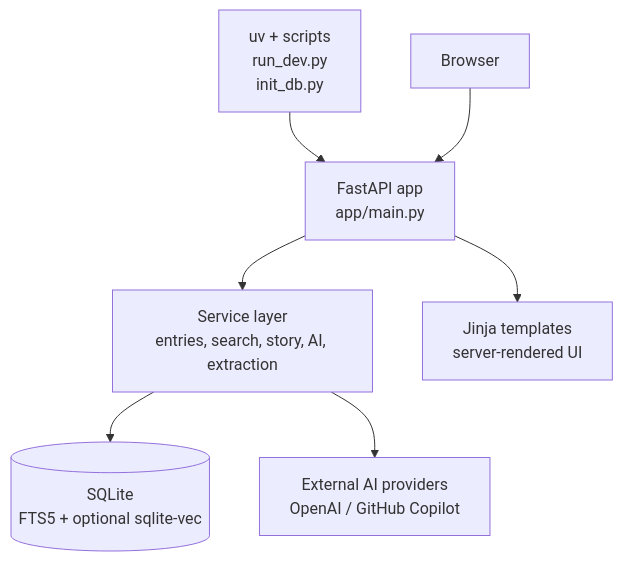
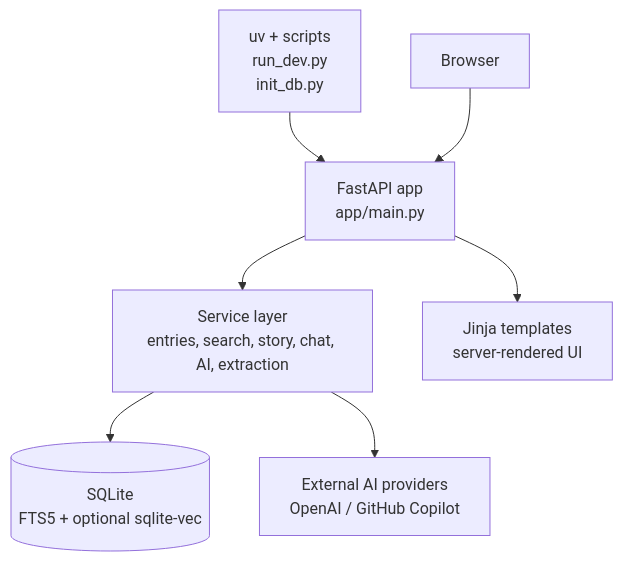
One commit to dtomyn/EventTracker changed the first of 3 diagrams in README.md. Above: the diagram before and after it, drawn with Mermaid. The commit also changed other lines of this file and 91 other files, not shown here.

First line of the commit message:
feat: Implement bidirectional entry connections and knowledge graph

````diff
--- a/README.md
+++ b/README.md
@@ -157,17 +160,17 @@
 ```mermaid
 flowchart TD
   DevTools["uv + scripts\nrun_dev.py\ninit_db.py"]
   FastAPI["FastAPI app\napp/main.py"]
-  Services["Service layer\nentries, search, story, AI, extraction"]
+  Services["Service layer\nentries, search, story, chat, AI, extraction"]
   Templates["Jinja templates\nserver-rendered UI"]
   SQLite[("SQLite\nFTS5 + optional sqlite-vec")]
   Providers["External AI providers\nOpenAI / GitHub Copilot"]
   Browser["Browser"]
 
   DevTools --> FastAPI
   Browser --> FastAPI
   FastAPI --> Templates
   FastAPI --> Services
   Services --> SQLite
   Services --> Providers
 ```
````
